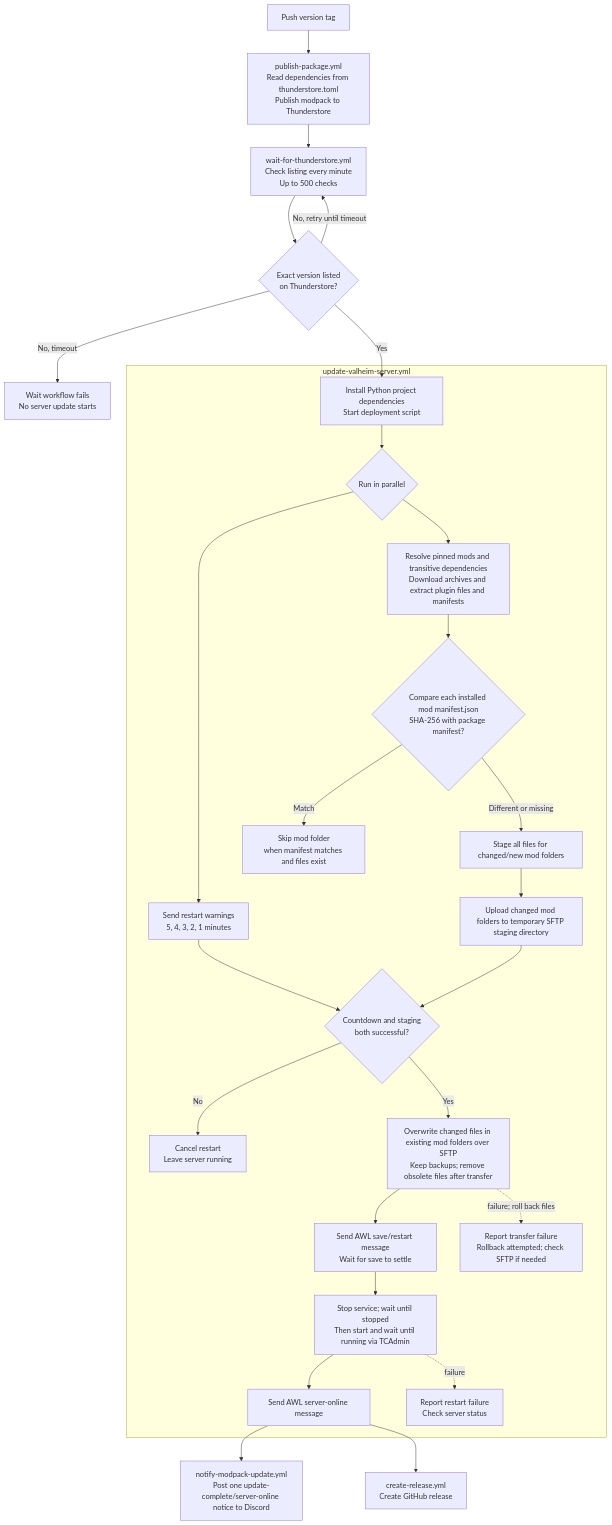
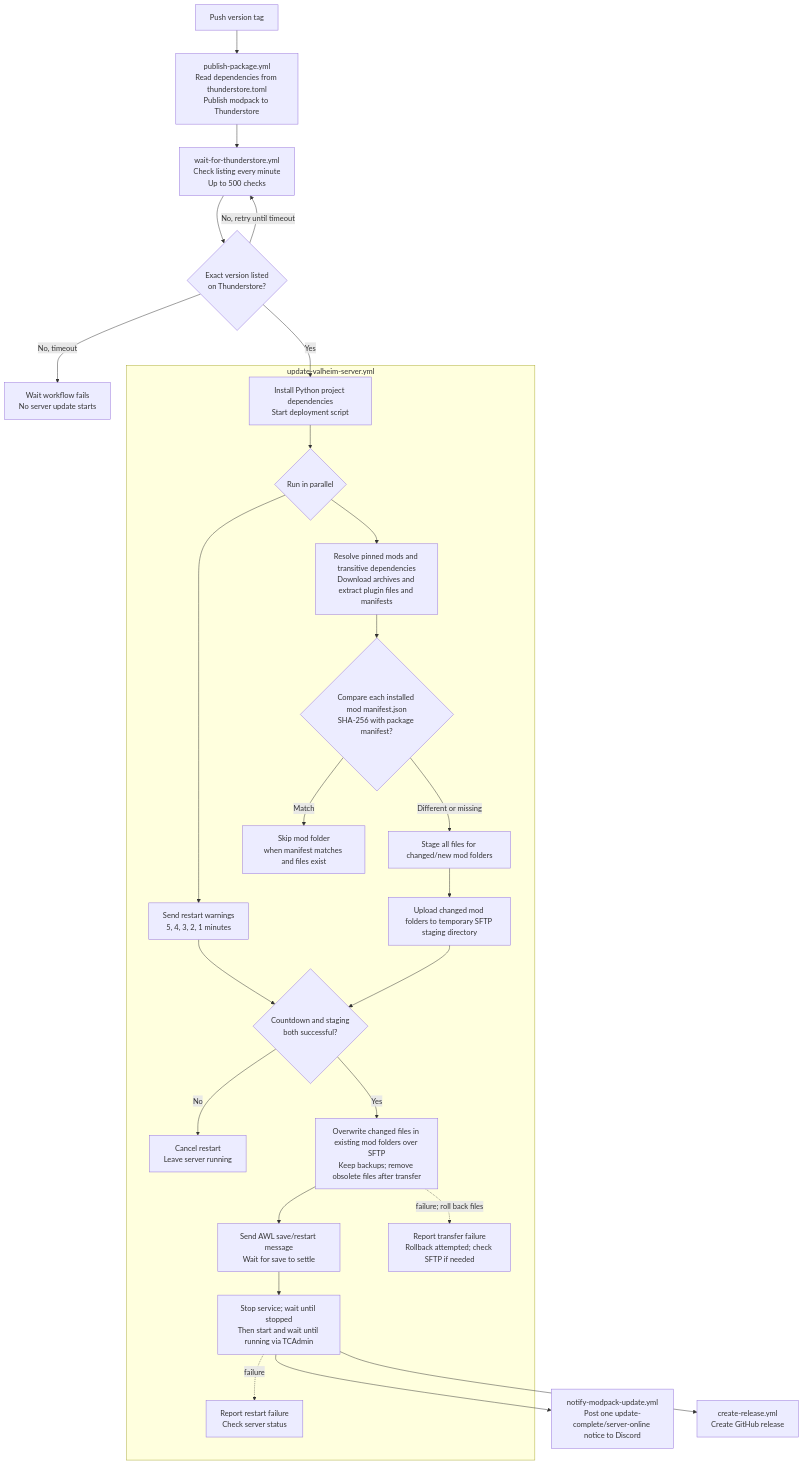
The diagram in docs/workflow.mmd (ryandamen/starfinders_valheim), drawn with Mermaid before and after one commit. The commit also changed 2 other files, not shown here.

Commit message:
no need to send that the server is starting in teh admin channel

```diff
--- a/docs/workflow.mmd
+++ b/docs/workflow.mmd
@@ -1,49 +1,48 @@
 flowchart TD
     tag["Push version tag"]
     publish["publish-package.yml<br/>Read dependencies from thunderstore.toml<br/>Publish modpack to Thunderstore"]
     wait["wait-for-thunderstore.yml<br/>Check listing every minute<br/>Up to 500 checks"]
     listed{"Exact version listed<br/>on Thunderstore?"}
     failListing["Wait workflow fails<br/>No server update starts"]
 
     subgraph deploy["update-valheim-server.yml"]
         start["Install Python project dependencies<br/>Start deployment script"]
         parallel{"Run in parallel"}
         countdown["Send restart warnings<br/>5, 4, 3, 2, 1 minutes"]
         packages["Resolve pinned mods and transitive dependencies<br/>Download archives and extract plugin files and manifests"]
         compare{"Compare each installed mod manifest.json<br/>SHA-256 with package manifest?"}
         unchanged["Skip mod folder<br/>when manifest matches and files exist"]
         changed["Stage all files for changed/new mod folders"]
         staged["Upload changed mod folders to temporary SFTP staging directory"]
         ready{"Countdown and staging<br/>both successful?"}
         cancel["Cancel restart<br/>Leave server running"]
         promote["Overwrite changed files in existing mod folders over SFTP<br/>Keep backups; remove obsolete files after transfer"]
         save["Send AWL save/restart message<br/>Wait for save to settle"]
         restart["Stop service; wait until stopped<br/>Then start and wait until running via TCAdmin"]
-        awlOnline["Send AWL server-online message"]
         failAfterStop["Report restart failure<br/>Check server status"]
         promotionFailed["Report transfer failure<br/>Rollback attempted; check SFTP if needed"]
 
         start --> parallel
         parallel --> countdown
         parallel --> packages
         packages --> compare
         compare -->|Match| unchanged
         compare -->|Different or missing| changed --> staged
         countdown --> ready
         staged --> ready
         ready -->|No| cancel
         ready -->|Yes| promote
-        promote --> save --> restart --> awlOnline
+        promote --> save --> restart
         promote -. "failure; roll back files" .-> promotionFailed
         restart -. "failure" .-> failAfterStop
     end
 
     tag --> publish --> wait --> listed
     listed -->|No, retry until timeout| wait
     listed -->|No, timeout| failListing
     listed -->|Yes| start
 
     notify["notify-modpack-update.yml<br/>Post one update-complete/server-online notice to Discord"]
     release["create-release.yml<br/>Create GitHub release"]
-    awlOnline --> notify
-    awlOnline --> release
+    restart --> notify
+    restart --> release
```
